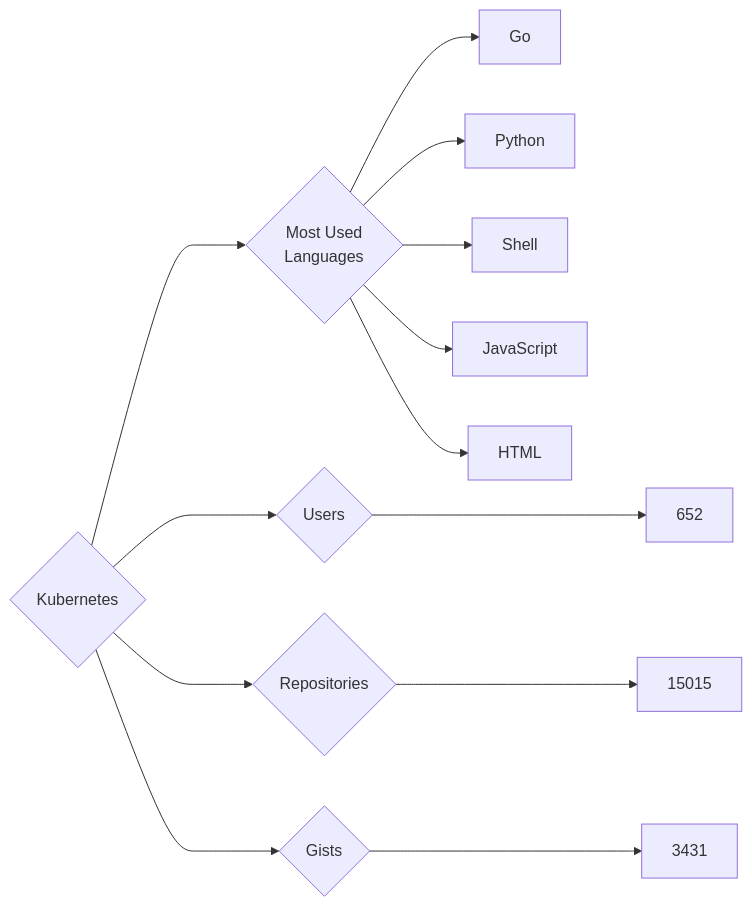
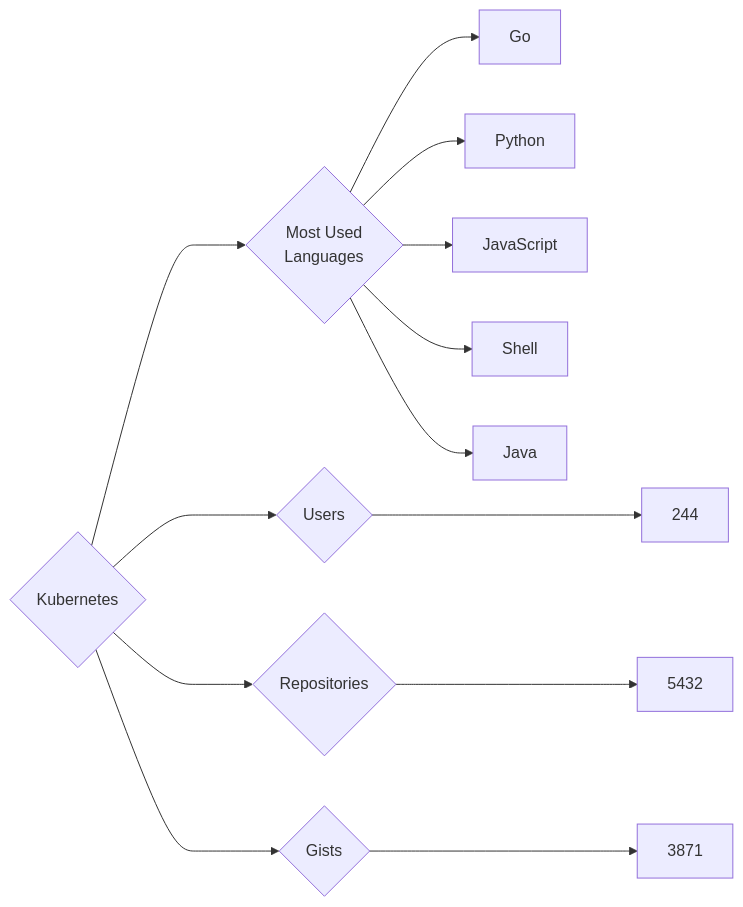
Before and after one commit to trickest/insiders: the diagram in targets/Kubernetes/README.md, drawn with Mermaid. The commit also changed 611 other files, not shown here.

````diff
--- a/targets/Kubernetes/README.md
+++ b/targets/Kubernetes/README.md
@@ -3,13 +3,13 @@
 ```mermaid
 graph LR
 COMPANY_NAME{Kubernetes}
-COMPANY_NAME ---> U{Users} ---> UN[652]
-COMPANY_NAME ---> R{Repositories} ---> RN[15015]
-COMPANY_NAME ---> G{Gists} ---> GN[3431]
+COMPANY_NAME ---> U{Users} ---> UN[244]
+COMPANY_NAME ---> R{Repositories} ---> RN[5432]
+COMPANY_NAME ---> G{Gists} ---> GN[3871]
 COMPANY_NAME ---> ML{Most Used<br>Languages}
 ML --> Go[Go]
 ML --> Python[Python]
+ML --> JavaScript[JavaScript]
 ML --> Shell[Shell]
-ML --> JavaScript[JavaScript]
-ML --> HTML[HTML]
+ML --> Java[Java]
 ```
````
